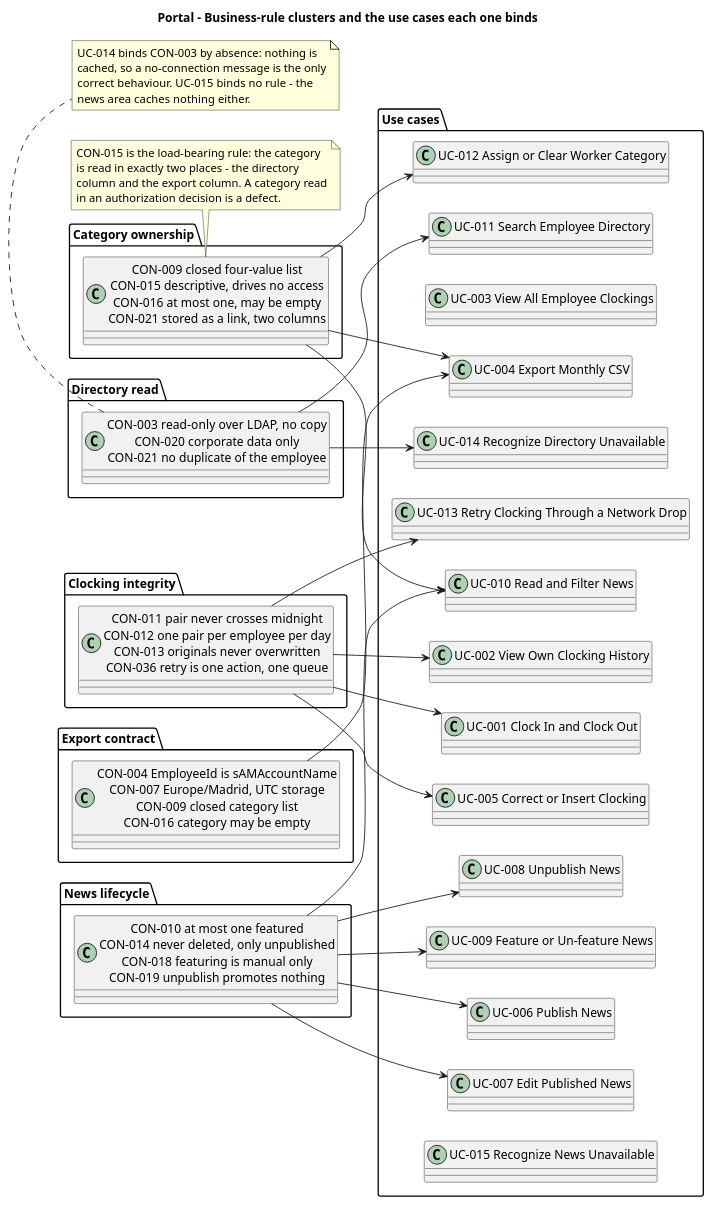
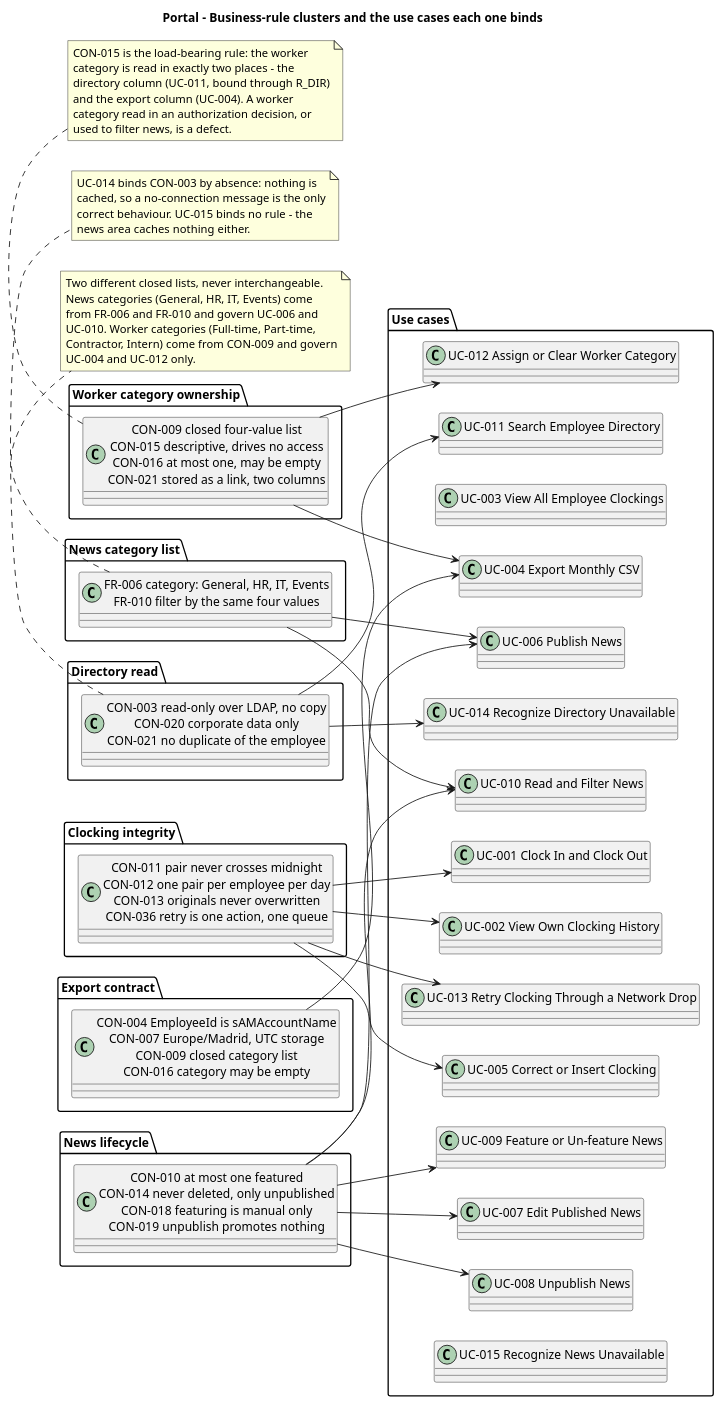
One commit to banense-test/portal changed the second of 6 diagrams in docs/artifacts/requirements/use-case-model.md. Above: the diagram before and after it, drawn with PlantUML. The commit also changed other lines of this file, not shown here.

```diff
--- a/docs/artifacts/requirements/use-case-model.md
+++ b/docs/artifacts/requirements/use-case-model.md
@@ -161,7 +166,11 @@
   class "CON-010 at most one featured\nCON-014 never deleted, only unpublished\nCON-018 featuring is manual only\nCON-019 unpublish promotes nothing" as R_NEWS
 }
 
-package "Category ownership" {
+package "News category list" {
+  class "FR-006 category: General, HR, IT, Events\nFR-010 filter by the same four values" as R_NCAT
+}
+
+package "Worker category ownership" {
   class "CON-009 closed four-value list\nCON-015 descriptive, drives no access\nCON-016 at most one, may be empty\nCON-021 stored as a link, two columns" as R_CAT
 }
 
@@ -200,18 +209,31 @@
 R_NEWS --> UC009
 R_NEWS --> UC010
 
+R_NCAT --> UC006
+R_NCAT --> UC010
+
 R_CAT --> UC004
-R_CAT --> UC010
 R_CAT --> UC012
 
 R_DIR --> UC011
 R_DIR --> UC014
 
 note bottom of R_CAT
-  CON-015 is the load-bearing rule: the category
-  is read in exactly two places - the directory
-  column and the export column. A category read
-  in an authorization decision is a defect.
+  CON-015 is the load-bearing rule: the worker
+  category is read in exactly two places - the
+  directory column (UC-011, bound through R_DIR)
+  and the export column (UC-004). A worker
+  category read in an authorization decision, or
+  used to filter news, is a defect.
+end note
+
+note bottom of R_NCAT
+  Two different closed lists, never interchangeable.
+  News categories (General, HR, IT, Events) come
+  from FR-006 and FR-010 and govern UC-006 and
+  UC-010. Worker categories (Full-time, Part-time,
+  Contractor, Intern) come from CON-009 and govern
+  UC-004 and UC-012 only.
 end note
 
 note bottom of R_DIR
```
